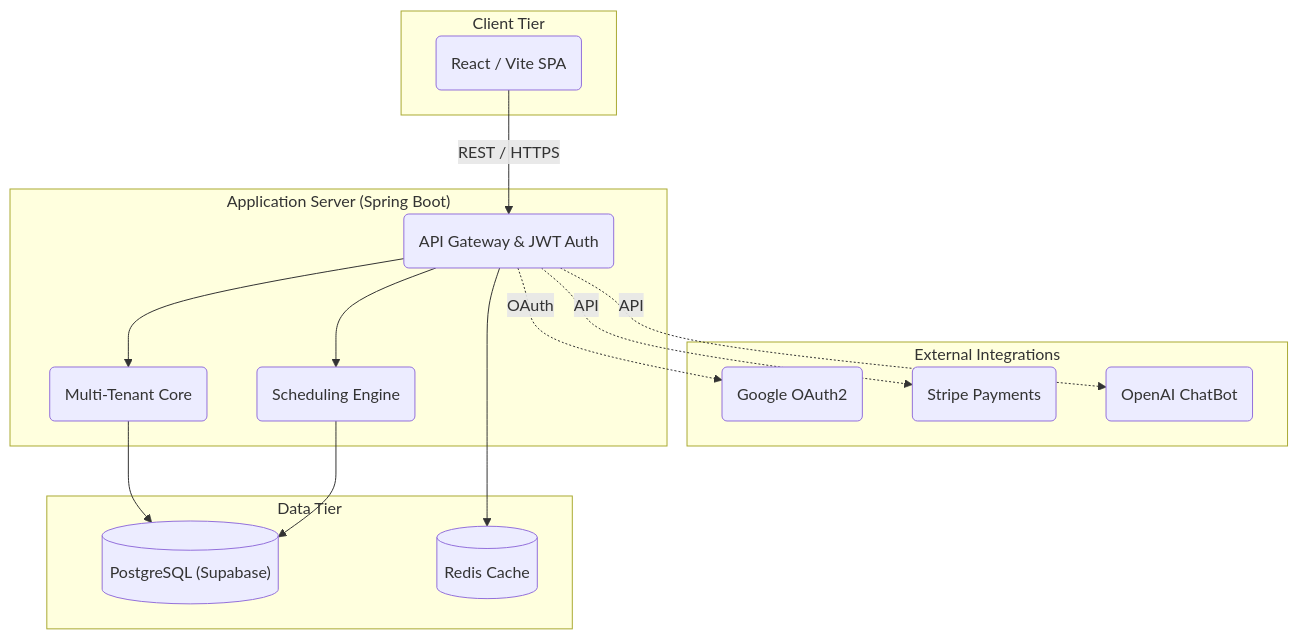
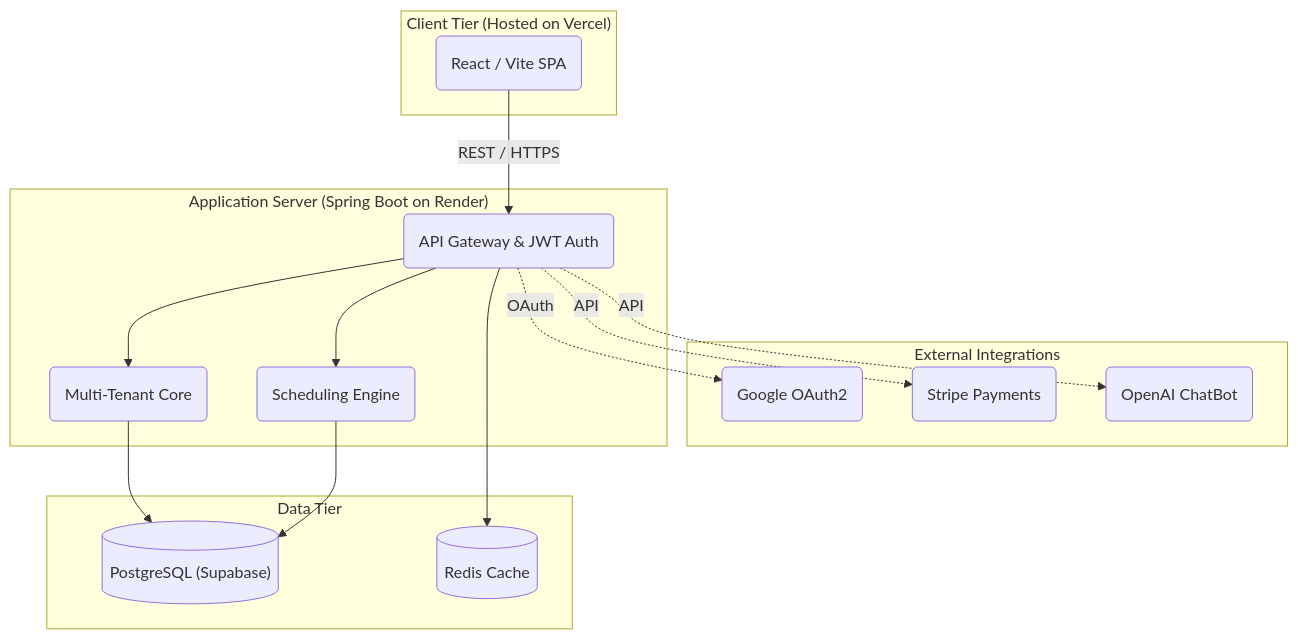
One commit to nims-creation/Scheduleo changed the diagram in README.md. Above: the diagram before and after it, drawn with Mermaid. The commit also changed other lines of this file, not shown here.

Commit message:
docs: update README.md live URL to point to Vercel and correct architecture diagram

````diff
--- a/README.md
+++ b/README.md
@@ -37,33 +37,33 @@
 ```mermaid
 flowchart TD
-    subgraph Client ["Client Tier"]
+    subgraph Client ["Client Tier (Hosted on Vercel)"]
         frontend("React / Vite SPA")
     end
 
     subgraph External ["External Integrations"]
         google("Google OAuth2")
         stripe("Stripe Payments")
         openai("OpenAI ChatBot")
     end
 
-    subgraph App ["Application Server (Spring Boot)"]
+    subgraph App ["Application Server (Spring Boot on Render)"]
         gateway("API Gateway & JWT Auth")
         engine("Scheduling Engine")
         core("Multi-Tenant Core")
     end
 
     subgraph DB ["Data Tier"]
         pg[("PostgreSQL (Supabase)")]
         redis[("Redis Cache")]
     end
 
     frontend -->|REST / HTTPS| gateway
     gateway --> engine
     gateway --> core
     core --> pg
     engine --> pg
     gateway --> redis
     gateway -.->|OAuth| google
     gateway -.->|API| stripe
     gateway -.->|API| openai
 ```
````
